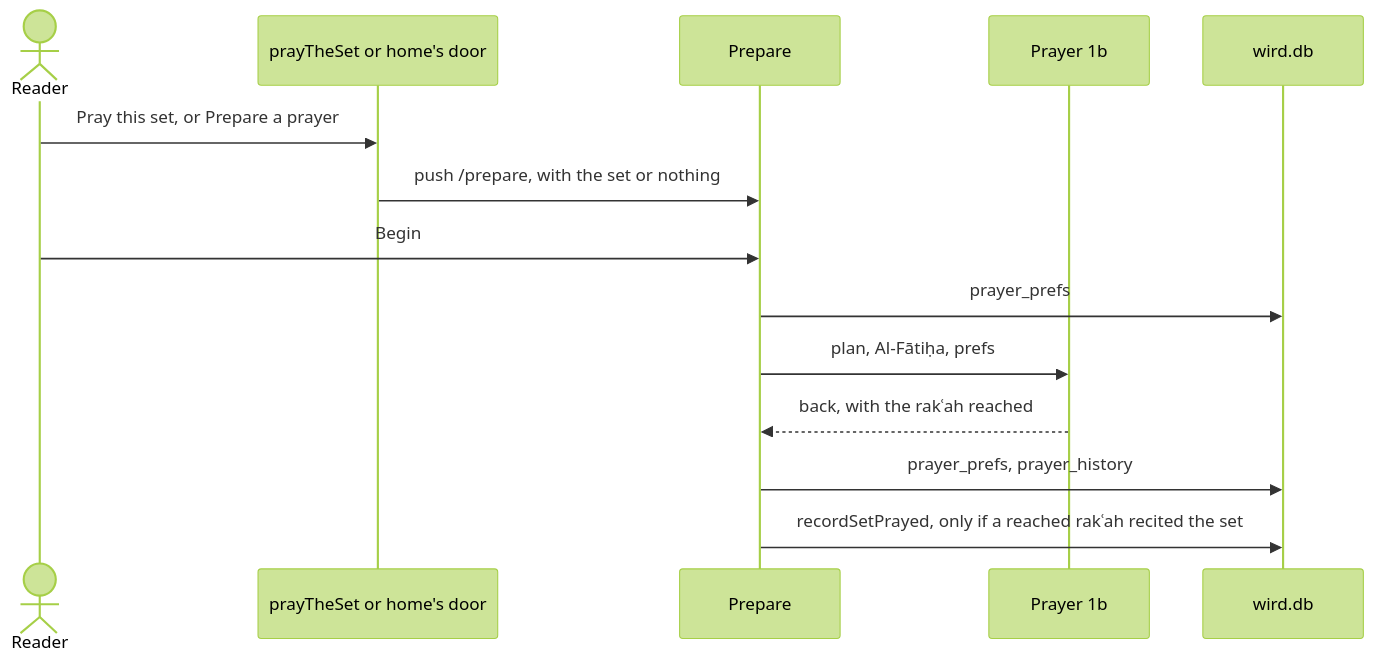
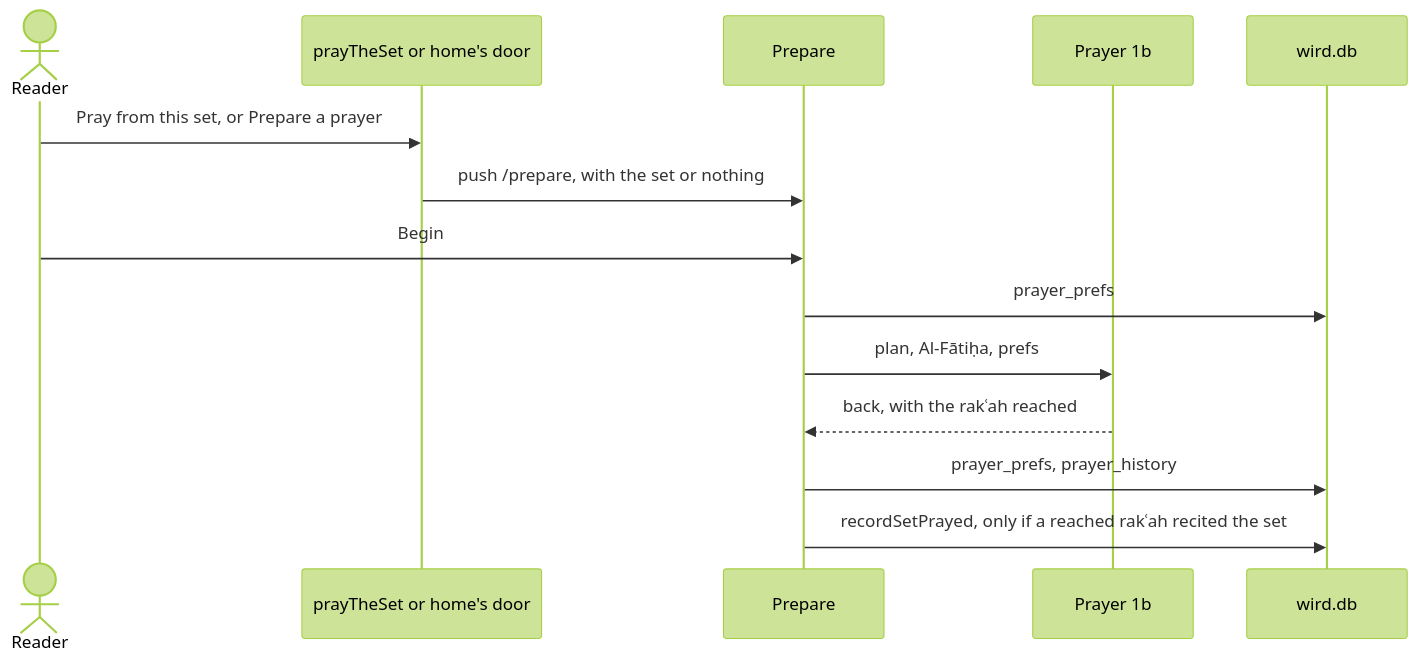
The fourth of 5 diagrams in docs/architecture/app.md (MohammadBnei/wird), drawn with Mermaid (forest theme) before and after one commit. The commit also changed other lines of this file and 49 other files, not shown here.

````diff
--- a/docs/architecture/app.md
+++ b/docs/architecture/app.md
@@ -167,16 +170,16 @@
 ```mermaid
 sequenceDiagram
   actor R as Reader
   participant A as prayTheSet or home's door
   participant P as Prepare
   participant B as Prayer 1b
   participant D as wird.db
-  R->>A: Pray this set, or Prepare a prayer
+  R->>A: Pray from this set, or Prepare a prayer
   A->>P: push /prepare, with the set or nothing
   R->>P: Begin
   P->>D: prayer_prefs
   P->>B: plan, Al-Fātiḥa, prefs
   B-->>P: back, with the rakʿah reached
   P->>D: prayer_prefs, prayer_history
   P->>D: recordSetPrayed, only if a reached rakʿah recited the set
 ```
````
